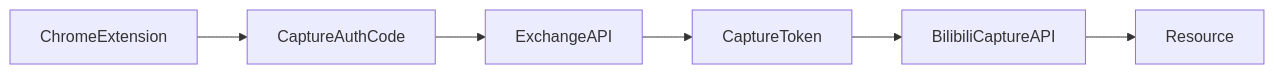
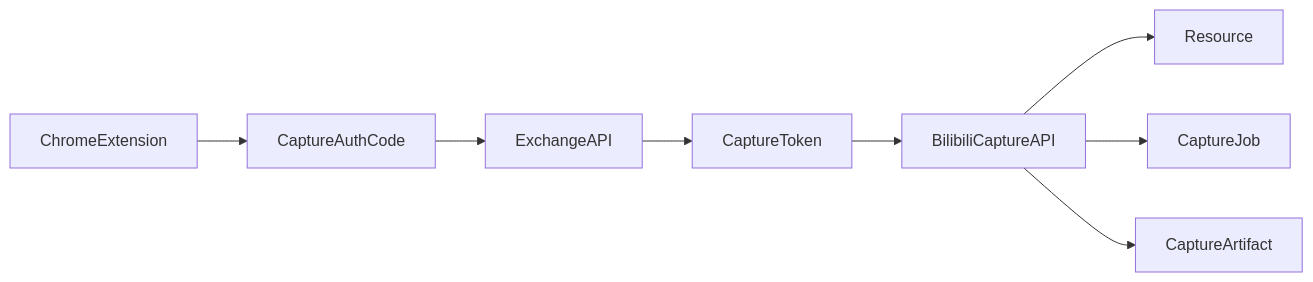
One commit to HaoNan2k/PineSnap changed the diagram in docs/capture-auth-data-model.md. Above: the diagram before and after it, drawn with Mermaid. The commit also changed other lines of this file and 57 other files, not shown here.

````diff
--- a/docs/capture-auth-data-model.md
+++ b/docs/capture-auth-data-model.md
@@ -55,8 +55,10 @@
 ```mermaid
 flowchart LR
   ext[ChromeExtension] --> authCode[CaptureAuthCode]
   authCode --> exchange[ExchangeAPI]
   exchange --> captureToken[CaptureToken]
   captureToken --> captureApi[BilibiliCaptureAPI]
   captureApi --> resource[Resource]
+  captureApi --> job[CaptureJob]
+  captureApi --> artifact[CaptureArtifact]
 ```
````
